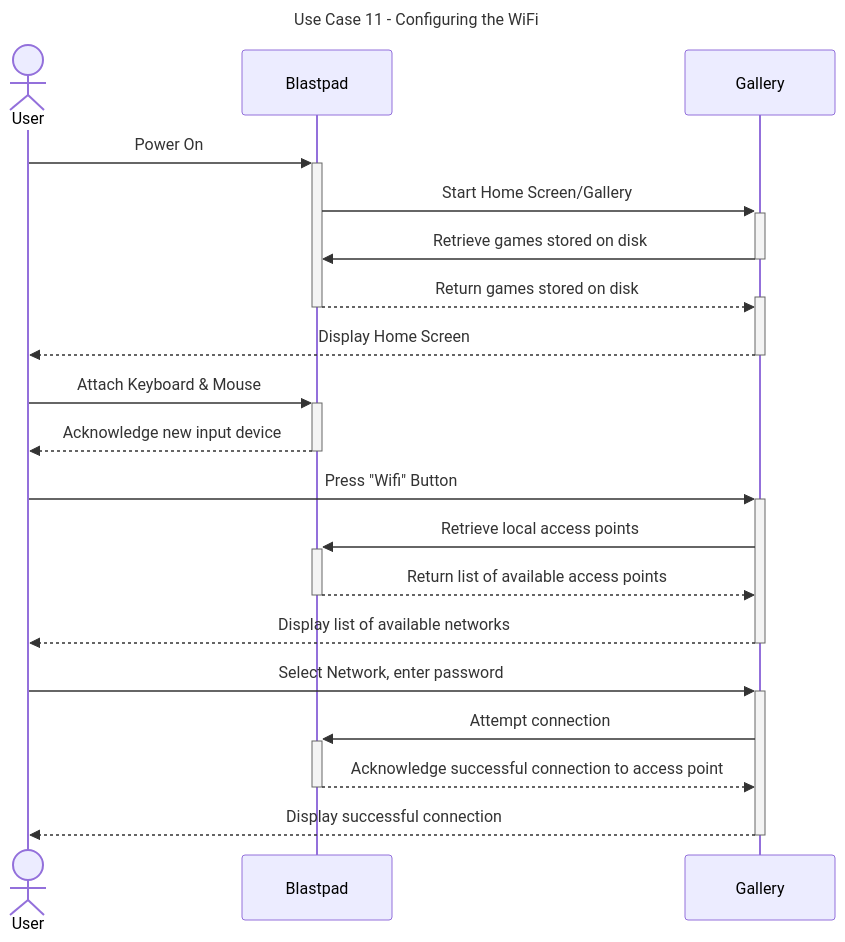
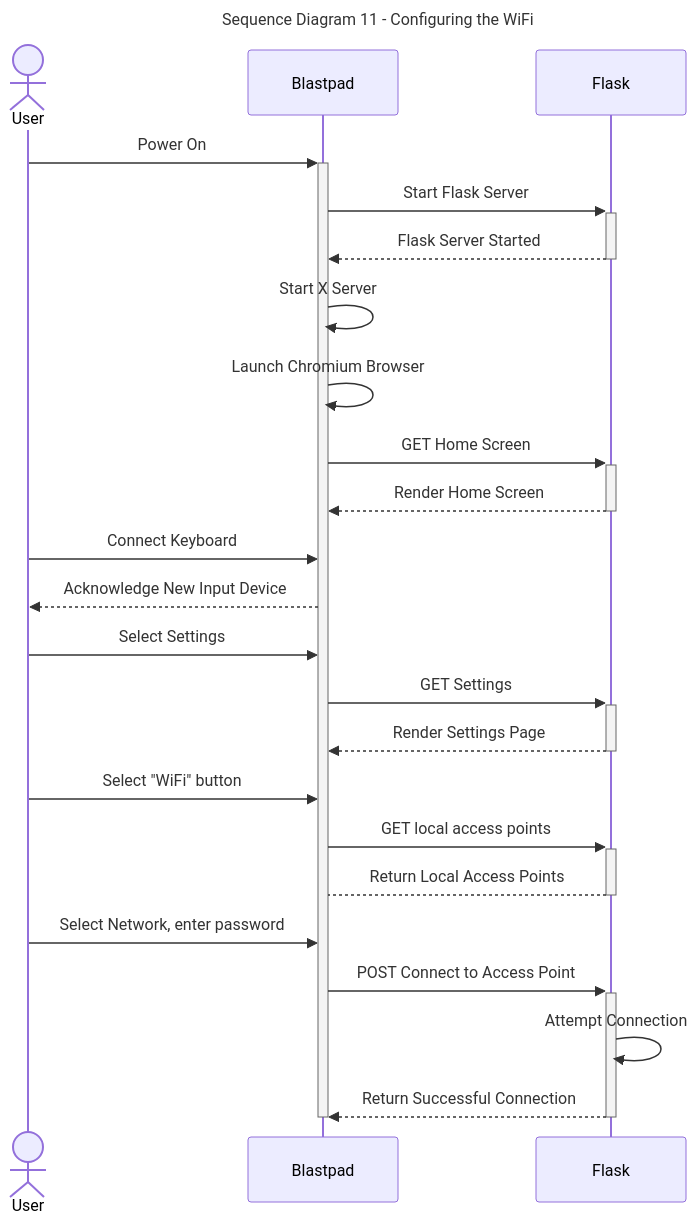
Before and after one commit to Capstone-Projects-2024-Spring/project-blastpad: diagram 11 of 11 in documentation/docs/requirements/use-case-descriptions.md, drawn with Mermaid. The commit also changed other lines of this file and 3 other files, not shown here.

Commit message:
Use Case Seq Diagrams

````diff
--- a/documentation/docs/requirements/use-case-descriptions.md
+++ b/documentation/docs/requirements/use-case-descriptions.md
@@ -509,30 +471,33 @@
 ```mermaid
 ---
-title: "Use Case 11 - Configuring the WiFi"
+title: "Sequence Diagram 11 - Configuring the WiFi"
 ---
-
 sequenceDiagram
 actor User
 User->>+Blastpad: Power On
-Blastpad->>+Gallery: Start Home Screen/Gallery
-Gallery->>-Blastpad: Retrieve games stored on disk
-Blastpad-->>+Gallery: Return games stored on disk
-deactivate Blastpad	
-Gallery-->>-User: Display Home Screen
+Blastpad->>+Flask: Start Flask Server
+Flask-->>-Blastpad: Flask Server Started
+Blastpad->>Blastpad: Start X Server
+Blastpad->>Blastpad: Launch Chromium Browser
 
-User->>+Blastpad: Attach Keyboard & Mouse
-Blastpad-->>-User: Acknowledge new input device
+Blastpad->>+Flask: GET Home Screen
+Flask-->>-Blastpad: Render Home Screen
 
+User->>Blastpad: Connect Keyboard
+Blastpad-->>User: Acknowledge New Input Device
 
+User->>Blastpad: Select Settings
+Blastpad->>+Flask: GET Settings
+Flask-->>-Blastpad: Render Settings Page
 
-User->>+Gallery: Press "Wifi" Button
-Gallery->>+Blastpad: Retrieve local access points
-Blastpad-->>-Gallery: Return list of available access points
-Gallery-->>-User: Display list of available networks
-User->>+Gallery: Select Network, enter password
+User->>Blastpad: Select "WiFi" button
+Blastpad->>+Flask: GET local access points
+Flask-->-Blastpad: Return Local Access Points
+User->>Blastpad: Select Network, enter password
 
-Gallery->>+Blastpad: Attempt connection
-Blastpad-->>-Gallery: Acknowledge successful connection to access point
-Gallery-->>-User: Display successful connection
+Blastpad->>+Flask: POST Connect to Access Point
+Flask->>Flask: Attempt Connection
+Flask-->>-Blastpad: Return Successful Connection
 
+deactivate Blastpad
 ```
````
